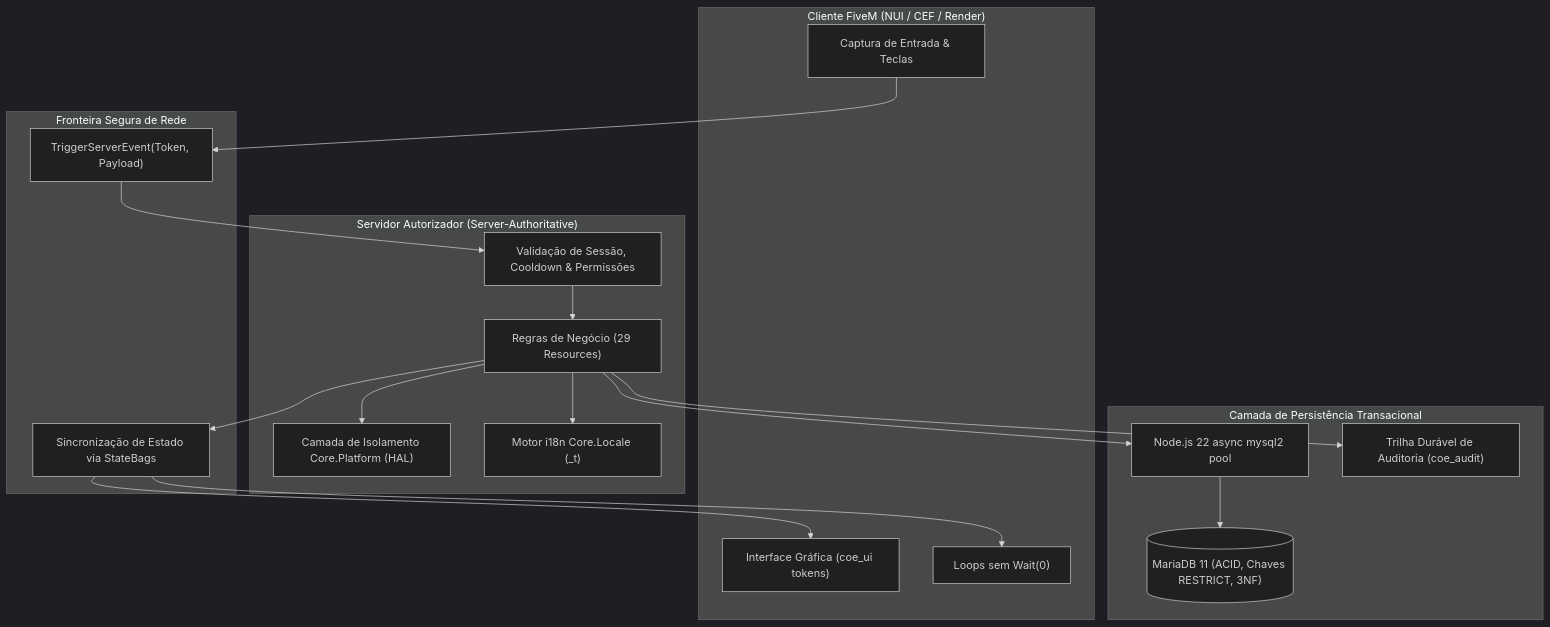
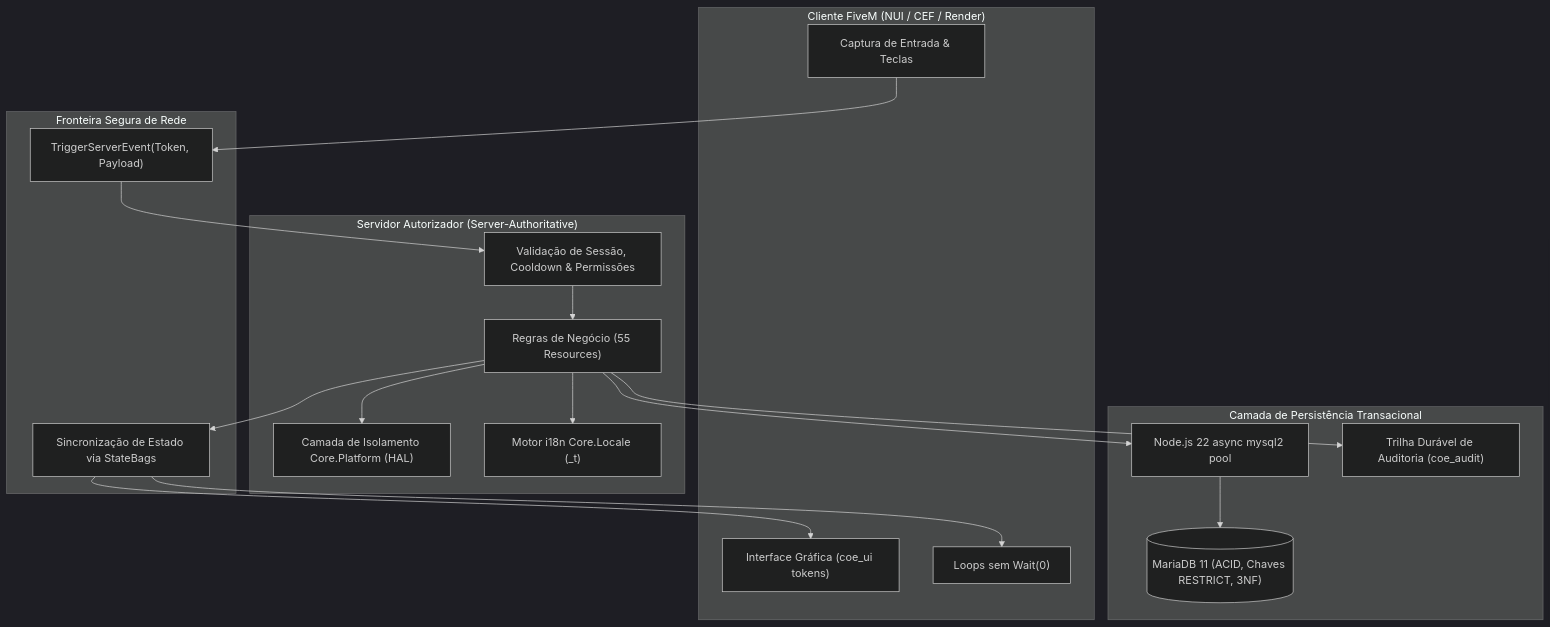
One commit to marcelomatz/coe-framework changed the diagram in README.pt-BR.md. Above: the diagram before and after it, drawn with Mermaid (dark theme). The commit also changed other lines of this file and 499 other files, not shown here.

````diff
--- a/README.pt-BR.md
+++ b/README.pt-BR.md
@@ -173,38 +173,38 @@
 ```mermaid
 flowchart TD
     subgraph Client["Cliente FiveM (NUI / CEF / Render)"]
         UI["Interface Gráfica (coe_ui tokens)"]
         Input["Captura de Entrada & Teclas"]
         OptimizedLoop["Loops sem Wait(0)"]
     end
 
     subgraph Boundary["Fronteira Segura de Rede"]
         Req["TriggerServerEvent(Token, Payload)"]
         Sync["Sincronização de Estado via StateBags"]
     end
 
     subgraph Server["Servidor Autorizador (Server-Authoritative)"]
         Val["Validação de Sessão, Cooldown & Permissões"]
         Platform["Camada de Isolamento Core.Platform (HAL)"]
-        Domain["Regras de Negócio (29 Resources)"]
+        Domain["Regras de Negócio (55 Resources)"]
         Locale["Motor i18n Core.Locale (_t)"]
     end
 
     subgraph Storage["Camada de Persistência Transacional"]
         NodePool["Node.js 22 async mysql2 pool"]
         MariaDB[("MariaDB 11 (ACID, Chaves RESTRICT, 3NF)")]
         Audit["Trilha Durável de Auditoria (coe_audit)"]
     end
 
     Input --> Req
     Req --> Val
     Val --> Domain
     Domain --> Platform
     Domain --> Locale
     Domain --> NodePool
     NodePool --> MariaDB
     Domain --> Audit
     Domain --> Sync
     Sync --> UI
     Sync --> OptimizedLoop
 ```
````
